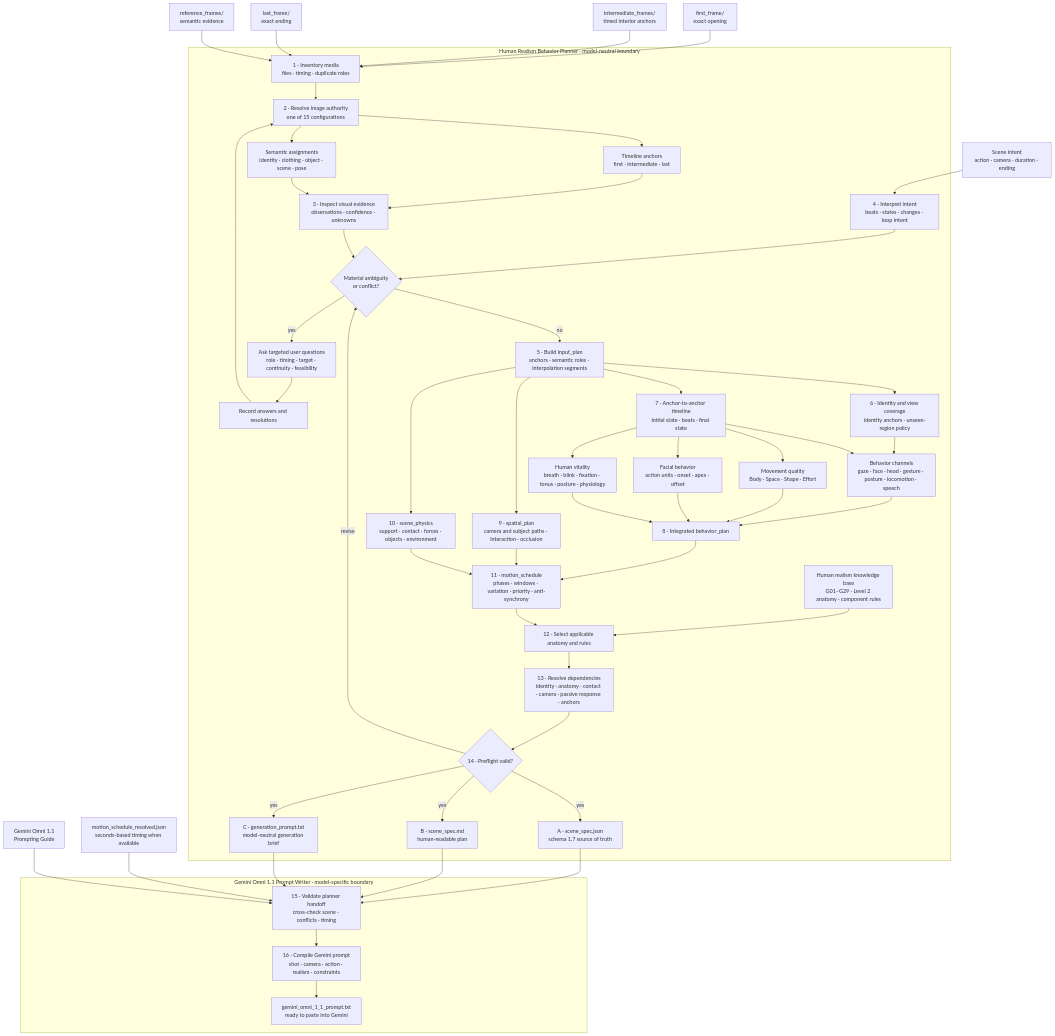
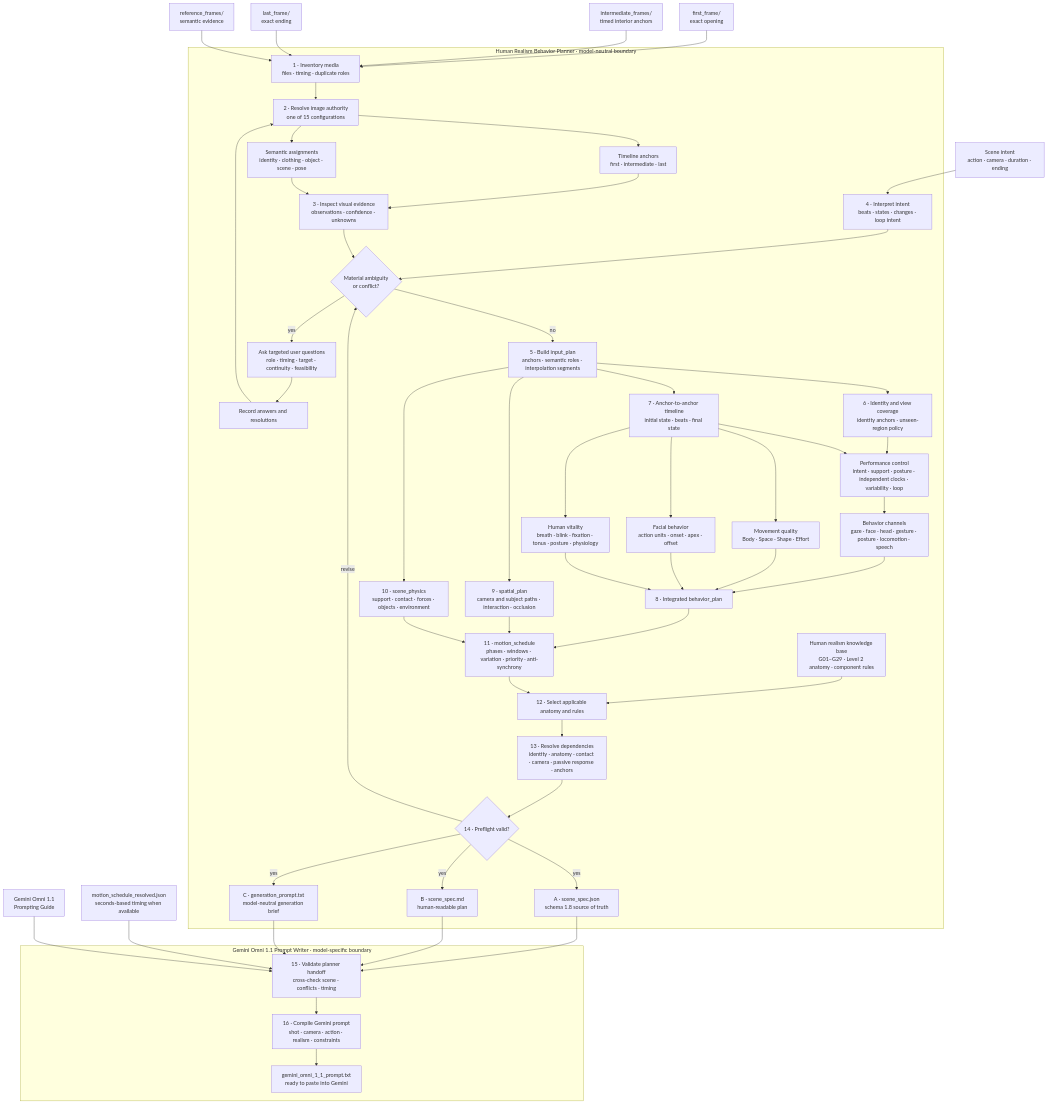
One commit to expectopatronm/human-realism-video-workflows changed the first of 2 diagrams in README.md. Above: the diagram before and after it, drawn with Mermaid. The commit also changed other lines of this file and 11 other files, not shown here.

Commit message:
Model support state and independent motion timing

````diff
--- a/README.md
+++ b/README.md
@@ -26,66 +26,67 @@
 ```mermaid
 flowchart TD
     FF["first_frame/<br/>exact opening"] --> INV
     IF["intermediate_frames/<br/>timed interior anchors"] --> INV
     LF["last_frame/<br/>exact ending"] --> INV
     RF["reference_frames/<br/>semantic evidence"] --> INV
     UT["Scene intent<br/>action · camera · duration · ending"] --> INTENT
 
     subgraph HRBP["Human Realism Behavior Planner · model-neutral boundary"]
         INV["1 · Inventory media<br/>files · timing · duplicate roles"]
         INV --> ROLE["2 · Resolve image authority<br/>one of 15 configurations"]
         ROLE --> ANCHORS["Timeline anchors<br/>first · intermediate · last"]
         ROLE --> SEMANTIC["Semantic assignments<br/>identity · clothing · object · scene · pose"]
 
         ANCHORS --> OBS["3 · Inspect visual evidence<br/>observations · confidence · unknowns"]
         SEMANTIC --> OBS
         INTENT["4 · Interpret intent<br/>beats · states · changes · loop intent"] --> GATE
         OBS --> GATE{"Material ambiguity<br/>or conflict?"}
 
         GATE -- yes --> ASK["Ask targeted user questions<br/>role · timing · target · continuity · feasibility"]
         ASK --> ANSWER["Record answers and resolutions"]
         ANSWER --> ROLE
         GATE -- no --> INPUTPLAN["5 · Build input_plan<br/>anchors · semantic roles · interpolation segments"]
 
         INPUTPLAN --> ID["6 · Identity and view coverage<br/>identity anchors · unseen-region policy"]
         INPUTPLAN --> TIMELINE["7 · Anchor-to-anchor timeline<br/>initial state · beats · final state"]
 
-        ID --> BML["Behavior channels<br/>gaze · face · head · gesture · posture · locomotion · speech"]
-        TIMELINE --> BML
+        ID --> CONTROL["Performance control<br/>intent · support · posture · independent clocks · variability · loop"]
+        TIMELINE --> CONTROL
+        CONTROL --> BML["Behavior channels<br/>gaze · face · head · gesture · posture · locomotion · speech"]
         TIMELINE --> LABAN["Movement quality<br/>Body · Space · Shape · Effort"]
         TIMELINE --> FACS["Facial behavior<br/>action units · onset · apex · offset"]
         TIMELINE --> LIFE["Human vitality<br/>breath · blink · fixation · tonus · posture · physiology"]
 
         BML --> BEHAVIOR["8 · Integrated behavior_plan"]
         LABAN --> BEHAVIOR
         FACS --> BEHAVIOR
         LIFE --> BEHAVIOR
 
         INPUTPLAN --> SPACE["9 · spatial_plan<br/>camera and subject paths · interaction · occlusion"]
         INPUTPLAN --> PHYSICS["10 · scene_physics<br/>support · contact · forces · objects · environment"]
         BEHAVIOR --> SCHEDULE["11 · motion_schedule<br/>phases · windows · variation · priority · anti-synchrony"]
         SPACE --> SCHEDULE
         PHYSICS --> SCHEDULE
 
         RULES["Human realism knowledge base<br/>G01–G29 · Level 2 anatomy · component rules"] --> SELECT["12 · Select applicable anatomy and rules"]
         SCHEDULE --> SELECT
         SELECT --> DEP["13 · Resolve dependencies<br/>identity · anatomy · contact · camera · passive response · anchors"]
         DEP --> CHECK{"14 · Preflight valid?"}
         CHECK -- revise --> GATE
-        CHECK -- yes --> JSON["A · scene_spec.json<br/>schema 1.7 source of truth"]
+        CHECK -- yes --> JSON["A · scene_spec.json<br/>schema 1.8 source of truth"]
         CHECK -- yes --> READABLE["B · scene_spec.md<br/>human-readable plan"]
         CHECK -- yes --> PROMPT["C · generation_prompt.txt<br/>model-neutral generation brief"]
     end
 
     JSON --> GEMINI
     READABLE --> GEMINI
     PROMPT --> GEMINI
     RESOLVED["motion_schedule_resolved.json<br/>seconds-based timing when available"] --> GEMINI
     GUIDE["Gemini Omni 1.1<br/>Prompting Guide"] --> GEMINI
 
     subgraph GOPW["Gemini Omni 1.1 Prompt Writer · model-specific boundary"]
         GEMINI["15 · Validate planner handoff<br/>cross-check scene · conflicts · timing"]
         GEMINI --> COMPILE["16 · Compile Gemini prompt<br/>shot · camera · action · realism · constraints"]
         COMPILE --> GPROMPT["gemini_omni_1_1_prompt.txt<br/>ready to paste into Gemini"]
     end
 ```
````
